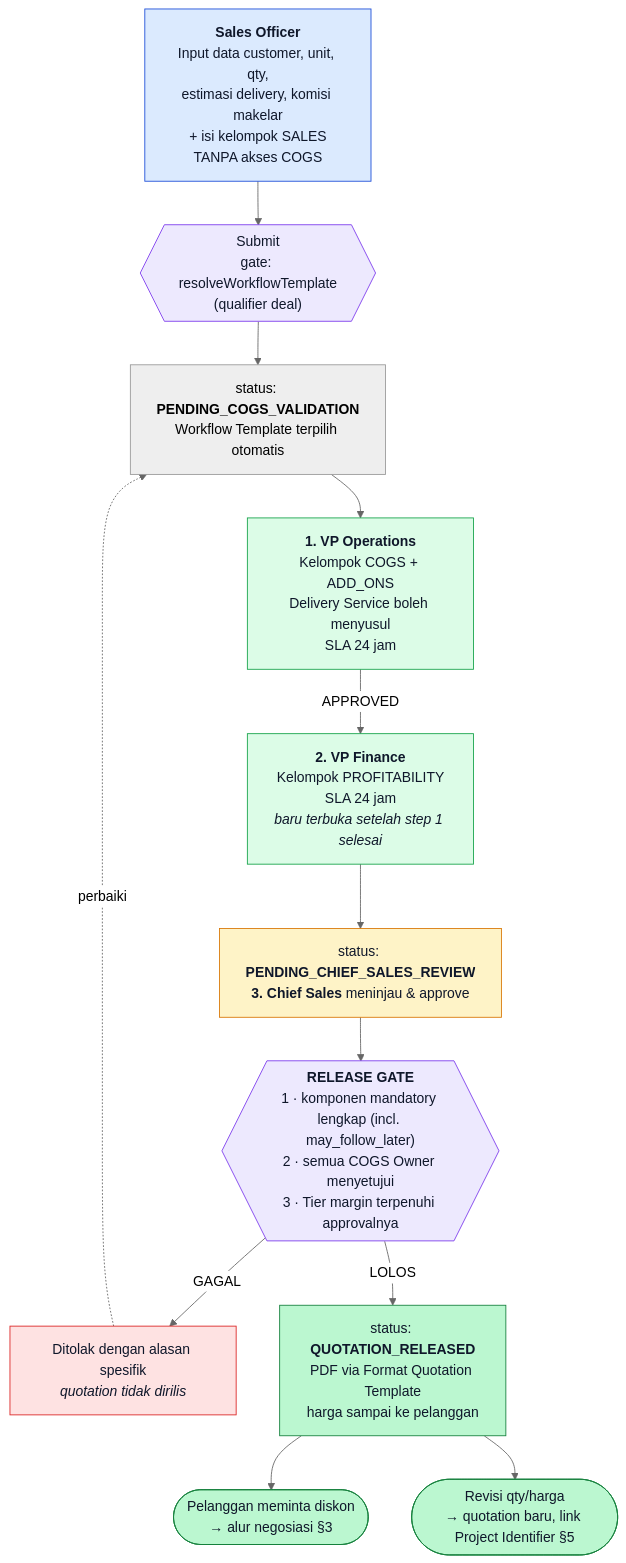
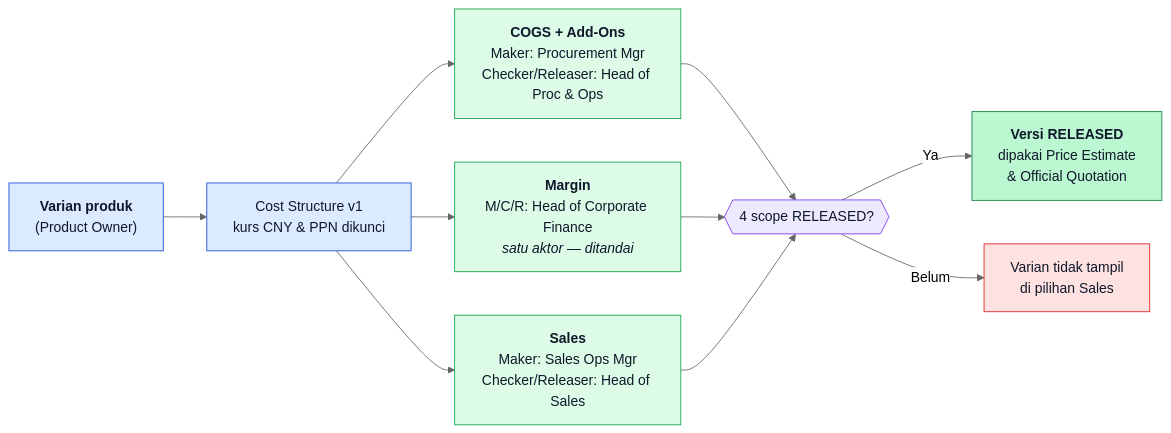
The first of 4 diagrams in docs/DEMO-FLOW-OVERVIEW.md (vince123890/dssvktr), drawn with Mermaid (neutral theme) before and after one commit. The commit also changed other lines of this file and 7 other files, not shown here.

````diff
--- a/docs/DEMO-FLOW-OVERVIEW.md
+++ b/docs/DEMO-FLOW-OVERVIEW.md
@@ -48,34 +67,25 @@
 ```mermaid
-flowchart TD
-    A["<b>Sales Officer</b><br/>Input data customer, unit, qty,<br/>estimasi delivery, komisi makelar<br/>+ isi kelompok SALES<br/>TANPA akses COGS"] --> B{{"Submit<br/>gate: resolveWorkflowTemplate<br/>(qualifier deal)"}}
+flowchart LR
+    V["<b>Varian produk</b><br/>(Product Owner)"] --> CS["Cost Structure v1<br/>kurs CNY & PPN dikunci"]
 
-    B --> C["status: <b>PENDING_COGS_VALIDATION</b><br/>Workflow Template terpilih otomatis"]
+    CS --> C1["<b>COGS + Add-Ons</b><br/>Maker: Procurement Mgr<br/>Checker/Releaser: Head of Proc & Ops"]
+    CS --> C2["<b>Margin</b><br/>M/C/R: Head of Corporate Finance<br/><i>satu aktor — ditandai</i>"]
+    CS --> C3["<b>Sales</b><br/>Maker: Sales Ops Mgr<br/>Checker/Releaser: Head of Sales"]
 
-    C --> D["<b>1. VP Operations</b><br/>Kelompok COGS + ADD_ONS<br/>Delivery Service boleh menyusul<br/>SLA 24 jam"]
-    D -->|APPROVED| E["<b>2. VP Finance</b><br/>Kelompok PROFITABILITY<br/>SLA 24 jam<br/><i>baru terbuka setelah step 1 selesai</i>"]
+    C1 --> R{{"4 scope RELEASED?"}}
+    C2 --> R
+    C3 --> R
+    R -->|Ya| OK["<b>Versi RELEASED</b><br/>dipakai Price Estimate<br/>& Official Quotation"]
+    R -->|Belum| W["Varian tidak tampil<br/>di pilihan Sales"]
 
-    E --> G["status: <b>PENDING_CHIEF_SALES_REVIEW</b><br/><b>3. Chief Sales</b> meninjau & approve"]
-
-    G --> H{{"<b>RELEASE GATE</b><br/>1 · komponen mandatory lengkap (incl. may_follow_later)<br/>2 · semua COGS Owner menyetujui<br/>3 · Tier margin terpenuhi approvalnya"}}
-
-    H -->|GAGAL| I["Ditolak dengan alasan spesifik<br/><i>quotation tidak dirilis</i>"]
-    H -->|LOLOS| J["status: <b>QUOTATION_RELEASED</b><br/>PDF via Format Quotation Template<br/>harga sampai ke pelanggan"]
-
-    I -.->|perbaiki| C
-    J --> K(["Pelanggan meminta diskon<br/>→ alur negosiasi §3"])
-    J --> L(["Revisi qty/harga<br/>→ quotation baru, link Project Identifier §5"])
-
-    classDef sales fill:#dbeafe,stroke:#1d4ed8,color:#0f172a
-    classDef cogs fill:#dcfce7,stroke:#16a34a,color:#0f172a
-    classDef chief fill:#fef3c7,stroke:#d97706,color:#0f172a
+    classDef prod fill:#dbeafe,stroke:#1d4ed8,color:#0f172a
+    classDef scope fill:#dcfce7,stroke:#16a34a,color:#0f172a
     classDef gate fill:#ede9fe,stroke:#7c3aed,color:#0f172a
     classDef ok fill:#bbf7d0,stroke:#15803d,color:#0f172a
     classDef bad fill:#fee2e2,stroke:#dc2626,color:#0f172a
-
-    class A sales
-    class D,E cogs
-    class G chief
-    class B,H gate
-    class J,K,L ok
-    class I bad
+    class V,CS prod
+    class C1,C2,C3 scope
+    class R gate
+    class OK ok
+    class W bad
 ```
````
